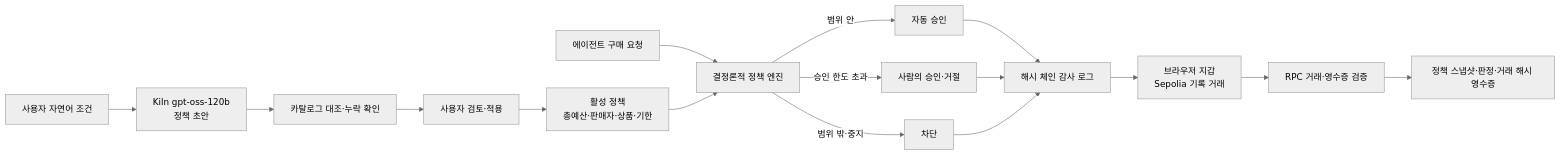
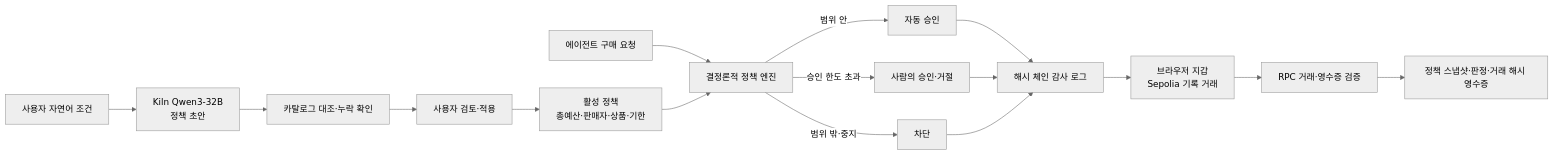
One commit to daoulee/agentguard-gwdc-2026 changed the diagram in docs/ARCHITECTURE_AND_DEMO.md. Above: the diagram before and after it, drawn with Mermaid (neutral theme). The commit also changed other lines of this file and 9 other files, not shown here.

````diff
--- a/docs/ARCHITECTURE_AND_DEMO.md
+++ b/docs/ARCHITECTURE_AND_DEMO.md
@@ -9,18 +9,18 @@
 ```mermaid
 flowchart LR
-  U[사용자 자연어 조건] --> K[Kiln gpt-oss-120b\n정책 초안]
+  U[사용자 자연어 조건] --> K[Kiln Qwen3-32B\n정책 초안]
   K --> V[카탈로그 대조·누락 확인]
   V --> C[사용자 검토·적용]
   C --> P[활성 정책\n총예산·판매자·상품·기한]
   R[에이전트 구매 요청] --> E[결정론적 정책 엔진]
   P --> E
   E -->|범위 안| A[자동 승인]
   E -->|승인 한도 초과| H[사람의 승인·거절]
   E -->|범위 밖·중지| B[차단]
   A --> L[해시 체인 감사 로그]
   H --> L
   B --> L
   L --> W[브라우저 지갑\nSepolia 기록 거래]
   W --> X[RPC 거래·영수증 검증]
   X --> T[정책 스냅샷·판정·거래 해시 영수증]
 ```
````
